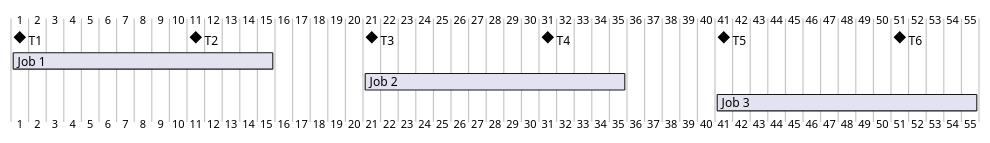
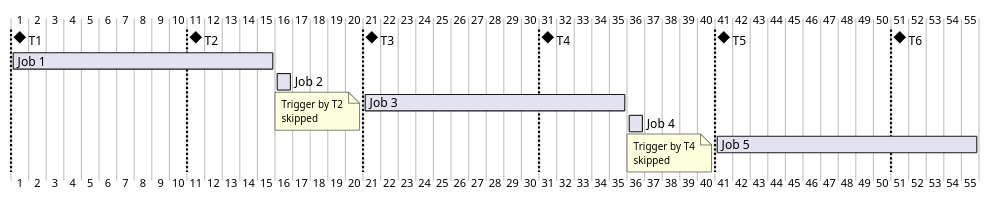
The third of 3 diagrams in docs/spring-boot/scheduler/jdbc_job_store.md (teddyprogramming/teddyprogramming.github.io), drawn with PlantUML before and after one commit. The commit also changed other lines of this file, not shown here.

````diff
--- a/docs/spring-boot/scheduler/jdbc_job_store.md
+++ b/docs/spring-boot/scheduler/jdbc_job_store.md
@@ -211,29 +245,45 @@
 ```plantuml
 @startgantt
 [T1] happens D+0
+Separator just at [T1]'s start
 
 [T2] happens D+10
 [T2] displays on same row as [T1]
+Separator just at [T2]'s start
 
 [T3] happens D+20
 [T3] displays on same row as [T1]
+Separator just at [T3]'s start
 
 [T4] happens D+30
 [T4] displays on same row as [T1]
+Separator just at [T4]'s start
 
 [T5] happens D+40
 [T5] displays on same row as [T1]
+Separator just at [T5]'s start
 
 [T6] happens D+50
 [T6] displays on same row as [T1]
+Separator just at [T6]'s start
 
 [Job 1] starts D+0
-[Job 2] starts D+20
-[Job 3] starts D+40
+[Job 2] starts D+15
+note bottom
+Trigger by T2
+skipped
+end note
+[Job 3] starts D+20
+[Job 4] starts D+35
+note bottom
+Trigger by T4
+skipped
+end note
+[Job 5] starts D+40
 
 [Job 1] requires 15 days
-[Job 2] requires 15 days
 [Job 3] requires 15 days
+[Job 5] requires 15 days
 
 @endgantt
 ```
````
